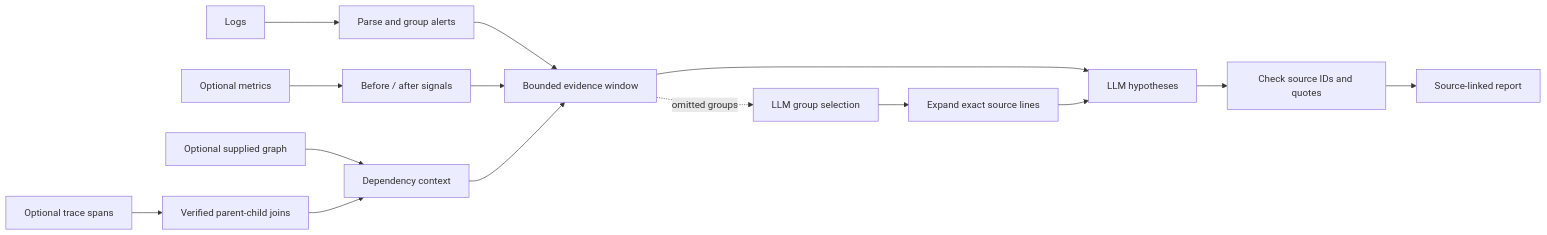
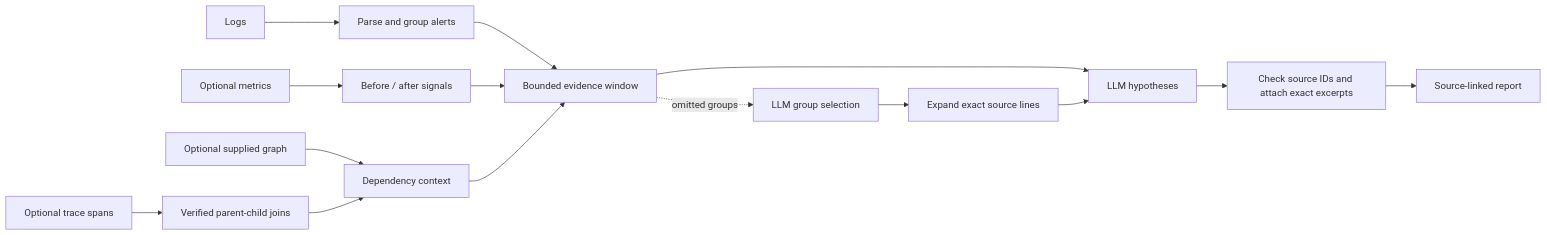
Before and after one commit to alakhanpal23/evidentrail: the diagram in README.md, drawn with Mermaid. The commit also changed other lines of this file and 7 other files, not shown here.

````diff
--- a/README.md
+++ b/README.md
@@ -13,17 +13,17 @@
 ```mermaid
 flowchart LR
     logs[Logs] --> groups[Parse and group alerts]
     metrics[Optional metrics] --> shifts[Before / after signals]
     topology[Optional supplied graph] --> context[Dependency context]
     traces[Optional trace spans] --> joins[Verified parent-child joins]
     joins --> context
     groups --> window[Bounded evidence window]
     shifts --> window
     context --> window
     window --> reason[LLM hypotheses]
     window -. omitted groups .-> select[LLM group selection]
     select --> expand[Expand exact source lines]
     expand --> reason
-    reason --> verify[Check source IDs and quotes]
+    reason --> verify[Check source IDs and attach exact excerpts]
     verify --> report[Source-linked report]
 ```
````
